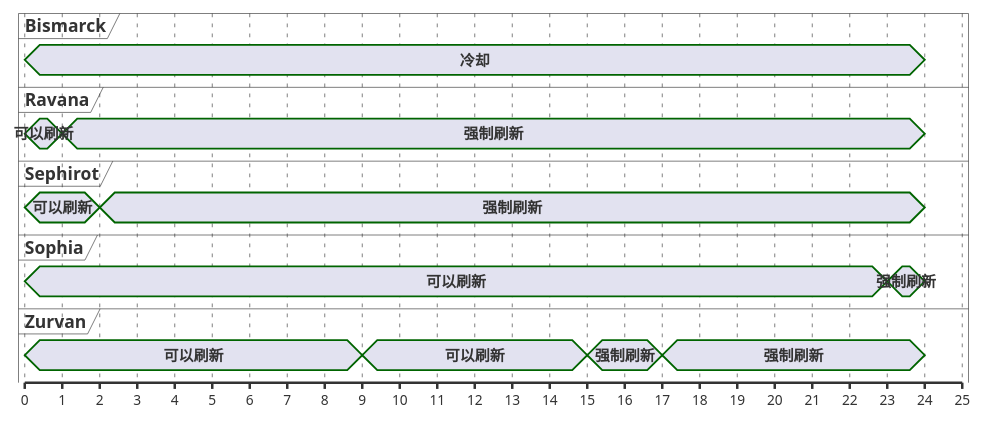
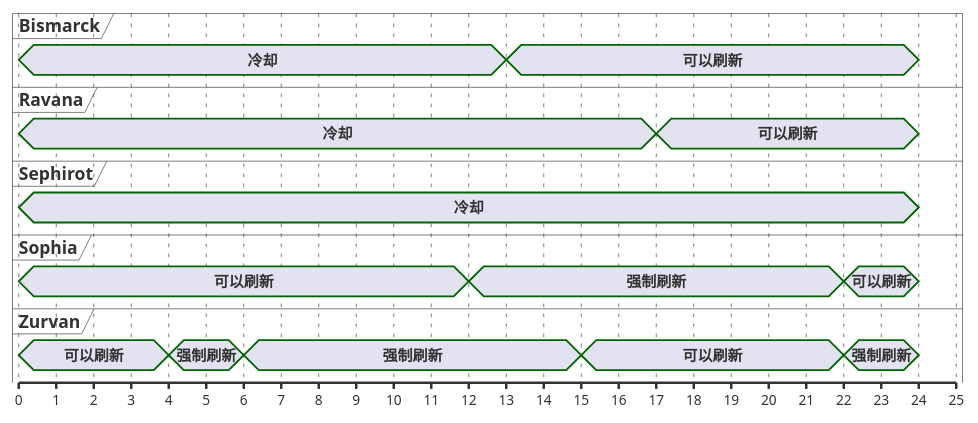
Diagram 13 of 13 in ffxiv/hunt/2.0/Agrippa-the-Mighty.md (Eroleice/doc-pi), drawn with PlantUML before and after one commit. The commit also changed other lines of this file and 38 other files, not shown here.

````diff
--- a/ffxiv/hunt/2.0/Agrippa-the-Mighty.md
+++ b/ffxiv/hunt/2.0/Agrippa-the-Mighty.md
@@ -1684,70 +1744,72 @@
 ```plantuml
 @startuml
 scale 1 as 30 pixels
 
 concise Bismarck
 concise Ravana
 concise Sephirot
 concise Sophia
 concise Zurvan
 
-@Ravana
+@Zurvan
 0 is 可以刷新
-1 is 强制刷新
-24 is {hidden}
-
-@Sephirot
-0 is 可以刷新
-2 is 强制刷新
+4 is 强制刷新
 24 is {hidden}
 
 @Zurvan
 0 is 可以刷新
-15 is 强制刷新
+6 is 强制刷新
+24 is {hidden}
+
+@Sophia
+0 is 可以刷新
+12 is 强制刷新
 24 is {hidden}
 
 @Zurvan
 0 is 可以刷新
-17 is 强制刷新
+22 is 强制刷新
 24 is {hidden}
 
-@Sophia
-0 is 可以刷新
-23 is 强制刷新
+@Bismarck
+0 is 冷却
+13 is 可以刷新
 24 is {hidden}
 
 @Zurvan
 0 is 冷却
-9 is 可以刷新
+15 is 可以刷新
 24 is {hidden}
 
-@Bismarck
+@Ravana
 0 is 冷却
+17 is 可以刷新
 24 is {hidden}
 
-@Zurvan
+@Sophia
+0 is 冷却
+22 is 可以刷新
+24 is {hidden}
+
+@Sephirot
 0 is 冷却
 24 is {hidden}
 
 @Ravana
-0 is 冷却
-24 is {hidden}
-
-@Sophia
 0 is 冷却
 24 is {hidden}
 
 @Sephirot
 0 is 冷却
 24 is {hidden}
 
 @Bismarck
 0 is 冷却
 24 is {hidden}
 
 @Sophia
 0 is 冷却
 24 is {hidden}
 
 @enduml
 ```
````
